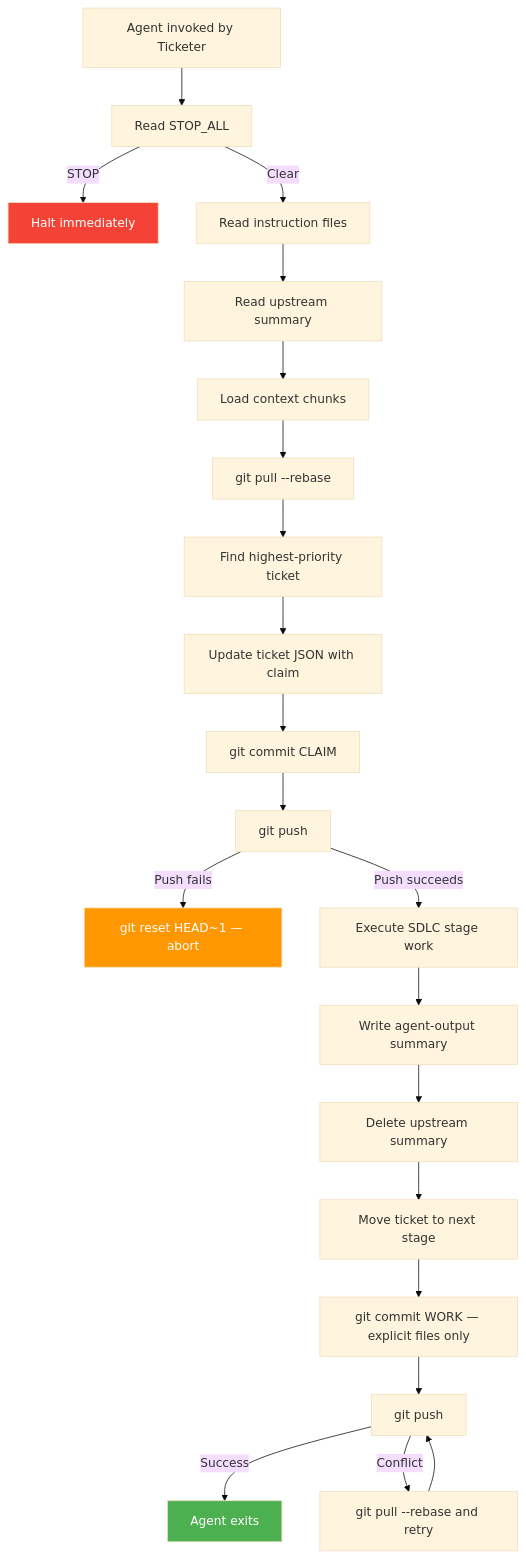
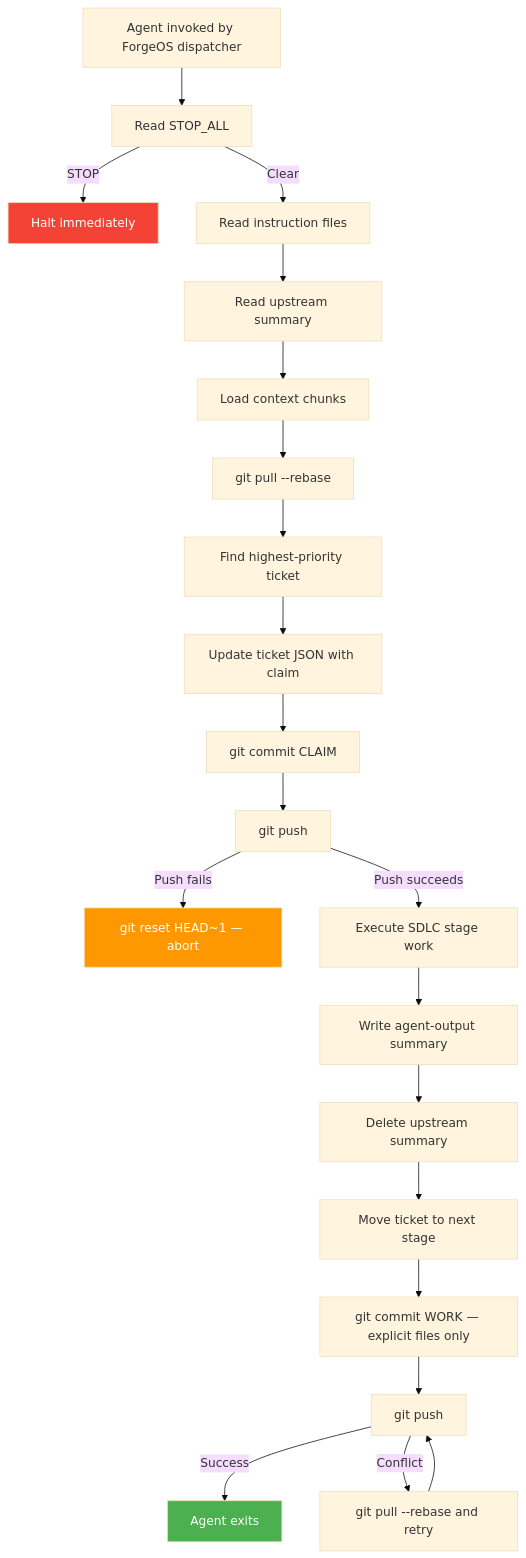
Before and after one commit to ReaperOAK/ForgeOS: the second of 5 diagrams in docs/product/user-personas.md, drawn with Mermaid (base theme). The commit also changed other lines of this file and 119 other files, not shown here.

````diff
--- a/docs/product/user-personas.md
+++ b/docs/product/user-personas.md
@@ -304,32 +304,32 @@
 ```mermaid
 flowchart TD
-    A[Agent invoked by Ticketer] --> B[Read STOP_ALL]
+    A[Agent invoked by ForgeOS dispatcher] --> B[Read STOP_ALL]
     B -->|STOP| C[Halt immediately]
     B -->|Clear| D[Read instruction files]
 
     D --> E[Read upstream summary]
     E --> F[Load context chunks]
 
     F --> G[git pull --rebase]
     G --> H[Find highest-priority ticket]
     H --> I[Update ticket JSON with claim]
     I --> J[git commit CLAIM]
     J --> K[git push]
 
     K -->|Push fails| L[git reset HEAD~1 — abort]
     K -->|Push succeeds| M[Execute SDLC stage work]
 
     M --> N[Write agent-output summary]
     N --> O[Delete upstream summary]
     O --> P[Move ticket to next stage]
     P --> Q[git commit WORK — explicit files only]
     Q --> R[git push]
 
     R -->|Success| S[Agent exits]
     R -->|Conflict| T[git pull --rebase and retry]
     T --> R
 
     style C fill:#f44336,color:#fff
     style L fill:#FF9800,color:#fff
     style S fill:#4CAF50,color:#fff
 ```
````
